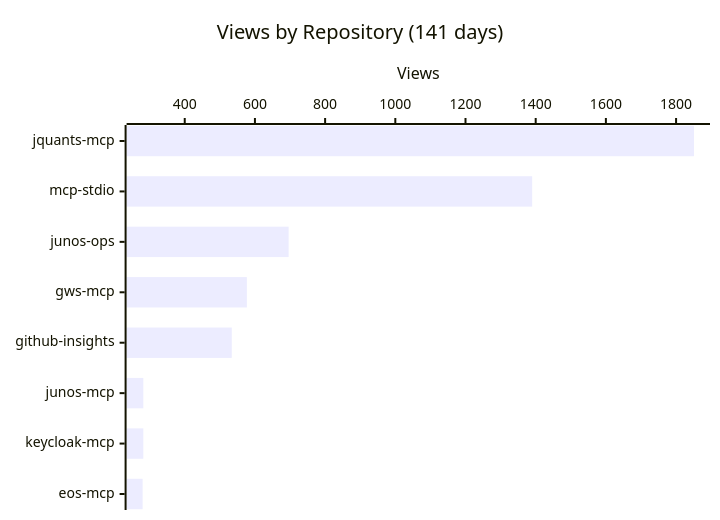
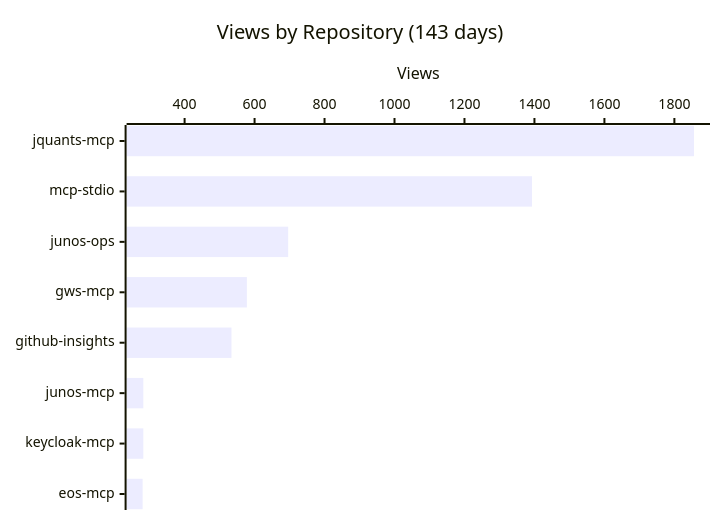
The first of 4 diagrams in README.md (shigechika/github-insights), drawn with Mermaid before and after one commit. The commit also changed other lines of this file and 2 other files, not shown here.

````diff
--- a/README.md
+++ b/README.md
@@ -18,7 +18,7 @@
 ```mermaid
 xychart-beta horizontal
-    title "Views by Repository (141 days)"
+    title "Views by Repository (143 days)"
     x-axis ["jquants-mcp", "mcp-stdio", "junos-ops", "gws-mcp", "github-insights", "junos-mcp", "keycloak-mcp", "eos-mcp"]
     y-axis "Views"
-    bar [1851, 1390, 696, 577, 534, 282, 282, 280]
+    bar [1856, 1393, 696, 578, 534, 282, 282, 280]
 ```
````
